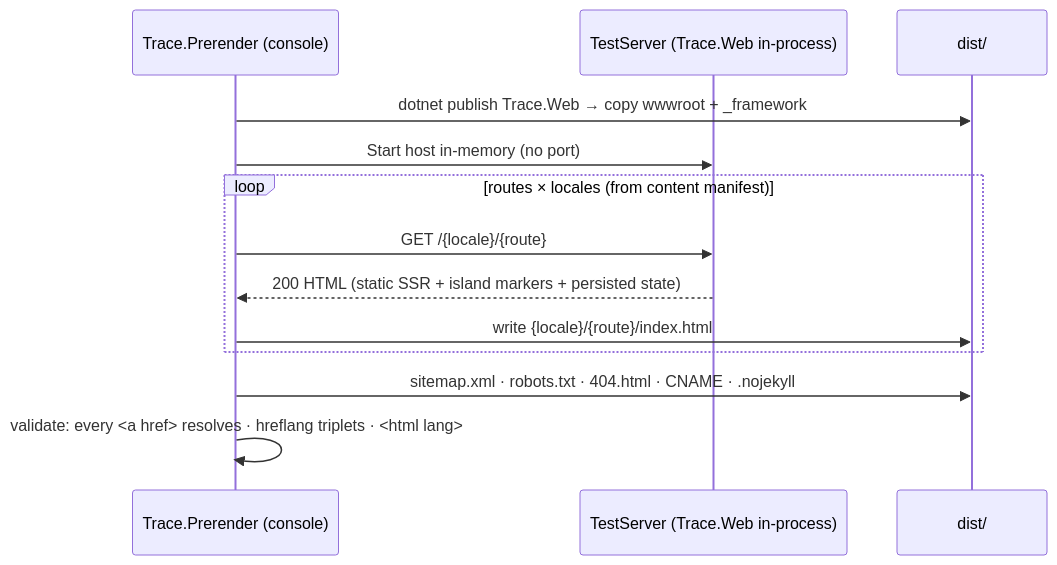
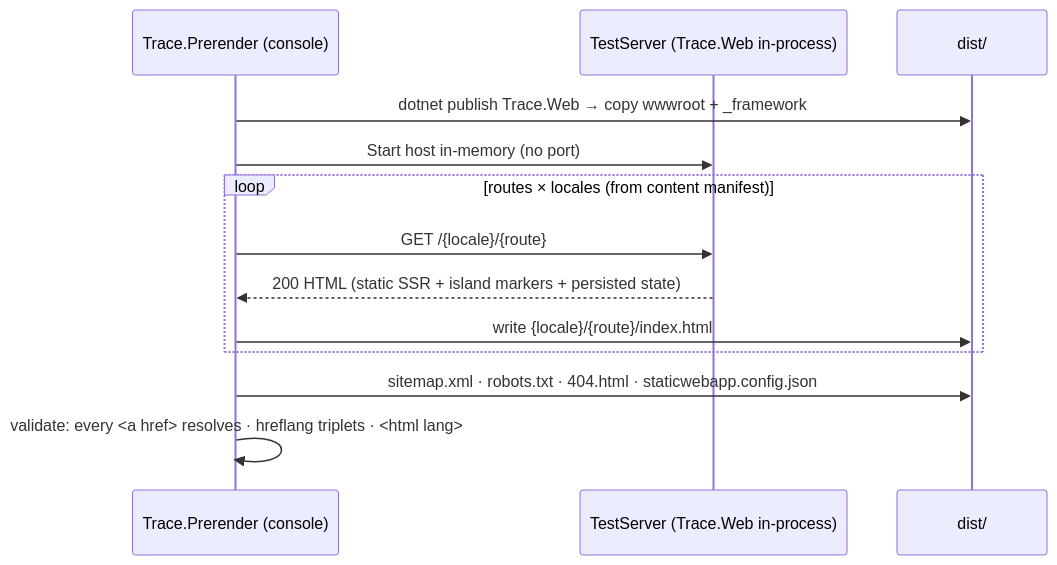
Before and after one commit to Bravodin/portifolio_bravo: the second of 2 diagrams in docs/architecture/ci-cd-and-hosting.md, drawn with Mermaid. The commit also changed other lines of this file and 9 other files, not shown here.

````diff
--- a/docs/architecture/ci-cd-and-hosting.md
+++ b/docs/architecture/ci-cd-and-hosting.md
@@ -27,16 +68,16 @@
 ```mermaid
 sequenceDiagram
     participant P as Trace.Prerender (console)
     participant T as TestServer (Trace.Web in-process)
     participant FS as dist/
 
     P->>FS: dotnet publish Trace.Web → copy wwwroot + _framework
     P->>T: Start host in-memory (no port)
     loop routes × locales (from content manifest)
         P->>T: GET /{locale}/{route}
         T-->>P: 200 HTML (static SSR + island markers + persisted state)
         P->>FS: write {locale}/{route}/index.html
     end
-    P->>FS: sitemap.xml · robots.txt · 404.html · CNAME · .nojekyll
+    P->>FS: sitemap.xml · robots.txt · 404.html · staticwebapp.config.json
     P->>P: validate: every <a href> resolves · hreflang triplets · <html lang>
 ```
````
